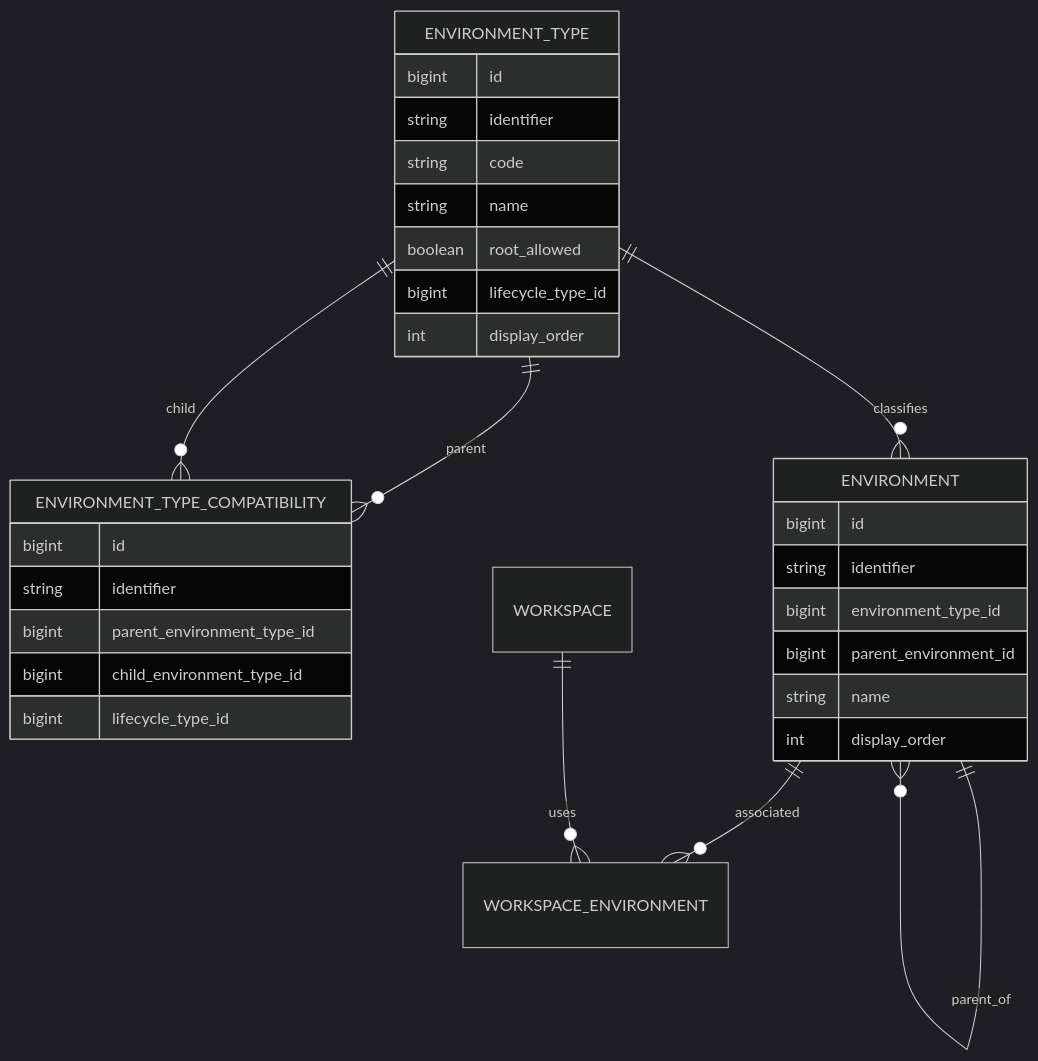
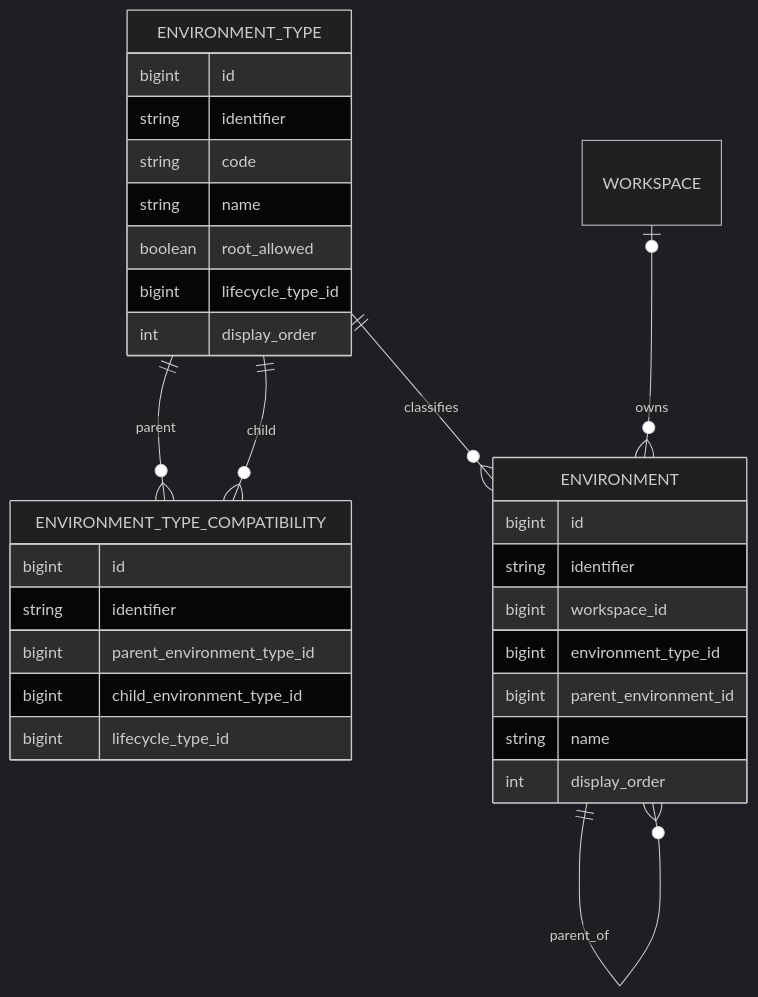
The diagram in docs/refinamento/11-environment/environment-hierarchy_V2.md (BrunoBS/guideline-java), drawn with Mermaid (dark theme) before and after one commit. The commit also changed other lines of this file, not shown here.

Commit message:
docs: consolidate environment hierarchy V2 decisions

````diff
--- a/docs/refinamento/11-environment/environment-hierarchy_V2.md
+++ b/docs/refinamento/11-environment/environment-hierarchy_V2.md
@@ -328,34 +334,34 @@
 ```mermaid
 erDiagram
     ENVIRONMENT_TYPE ||--o{ ENVIRONMENT_TYPE_COMPATIBILITY : parent
     ENVIRONMENT_TYPE ||--o{ ENVIRONMENT_TYPE_COMPATIBILITY : child
     ENVIRONMENT_TYPE ||--o{ ENVIRONMENT : classifies
     ENVIRONMENT ||--o{ ENVIRONMENT : parent_of
-    ENVIRONMENT ||--o{ WORKSPACE_ENVIRONMENT : associated
-    WORKSPACE ||--o{ WORKSPACE_ENVIRONMENT : uses
+    WORKSPACE |o--o{ ENVIRONMENT : owns
 
     ENVIRONMENT_TYPE {
         bigint id
         string identifier
         string code
         string name
         boolean root_allowed
         bigint lifecycle_type_id
         int display_order
     }
     ENVIRONMENT_TYPE_COMPATIBILITY {
         bigint id
         string identifier
         bigint parent_environment_type_id
         bigint child_environment_type_id
         bigint lifecycle_type_id
     }
     ENVIRONMENT {
         bigint id
         string identifier
+        bigint workspace_id
         bigint environment_type_id
         bigint parent_environment_id
         string name
         int display_order
     }
 ```
````
